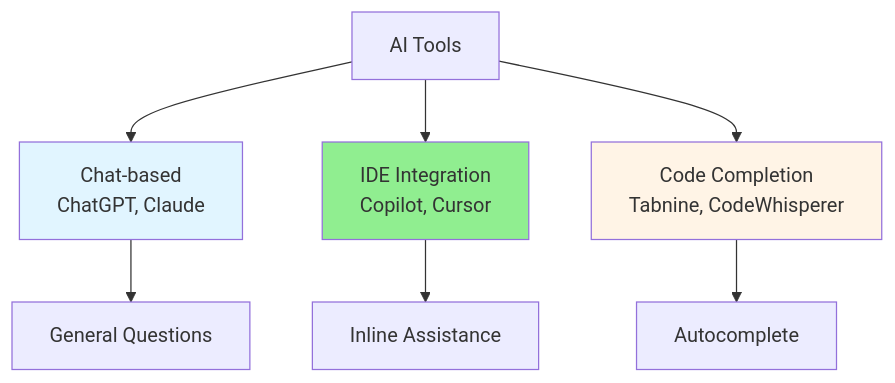
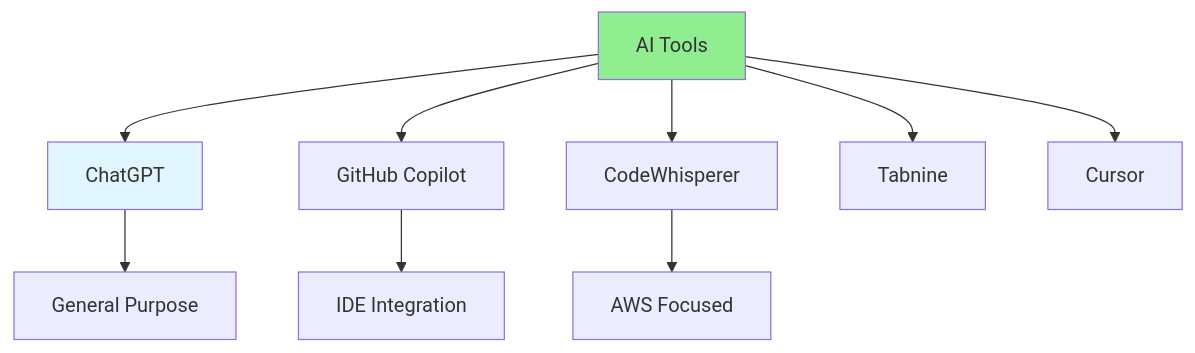
Before and after one commit to iouthnamain/tech-note: the diagram in Full-Stack-Guides/Group-05-AI-Assisted-Coding/05.15_AI_Tools_Comparison.md, drawn with Mermaid. The commit also changed other lines of this file and 480 other files, not shown here.

````diff
--- a/Full-Stack-Guides/Group-05-AI-Assisted-Coding/05.15_AI_Tools_Comparison.md
+++ b/Full-Stack-Guides/Group-05-AI-Assisted-Coding/05.15_AI_Tools_Comparison.md
@@ -23,14 +22,15 @@
 ```mermaid
 graph TD
-    Tools[AI Tools] --> Chat[Chat-based<br/>ChatGPT, Claude]
-    Tools --> IDE[IDE Integration<br/>Copilot, Cursor]
-    Tools --> Code[Code Completion<br/>Tabnine, CodeWhisperer]
+    Tools[AI Tools] --> ChatGPT[ChatGPT]
+    Tools --> Copilot[GitHub Copilot]
+    Tools --> CodeWhisperer[CodeWhisperer]
+    Tools --> Tabnine[Tabnine]
+    Tools --> Cursor[Cursor]
     
-    Chat --> UseCase1[General Questions]
-    IDE --> UseCase2[Inline Assistance]
-    Code --> UseCase3[Autocomplete]
+    ChatGPT --> General[General Purpose]
+    Copilot --> IDE[IDE Integration]
+    CodeWhisperer --> AWS[AWS Focused]
     
-    style Chat fill:#e1f5ff
-    style IDE fill:#90EE90
-    style Code fill:#fff4e6
+    style Tools fill:#90EE90
+    style ChatGPT fill:#e1f5ff
 ```
````
